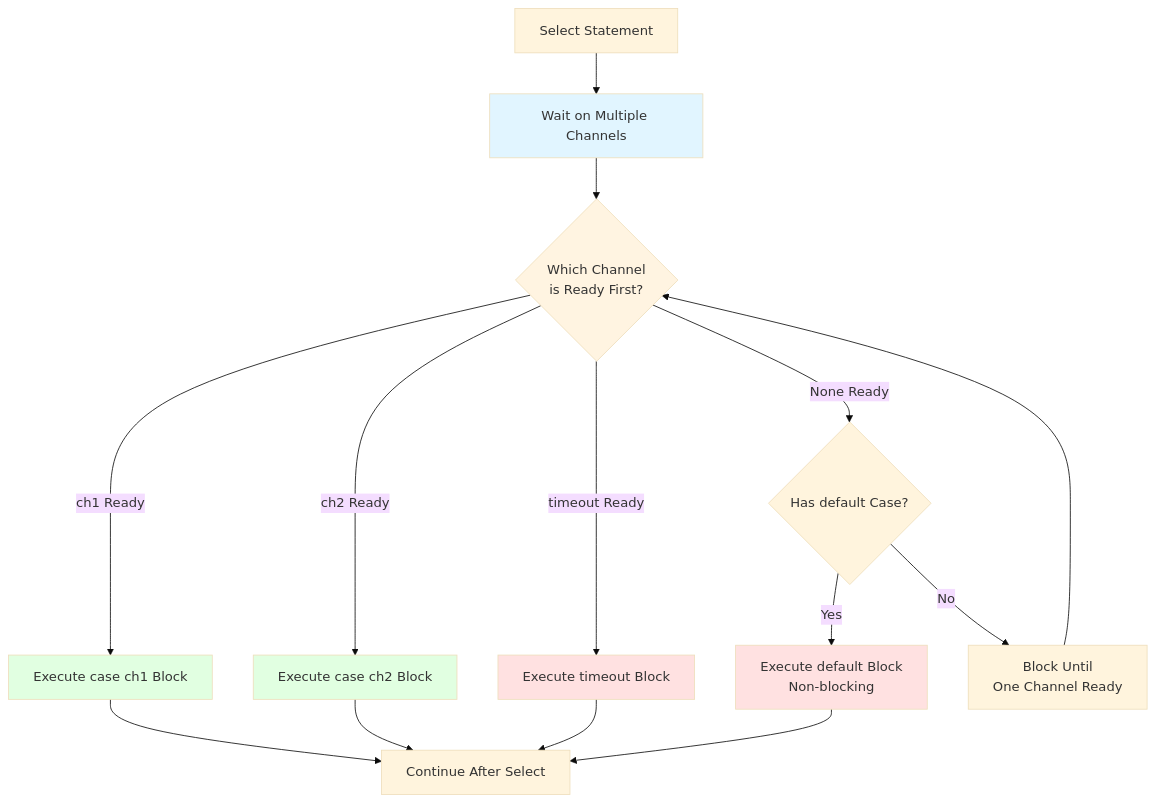
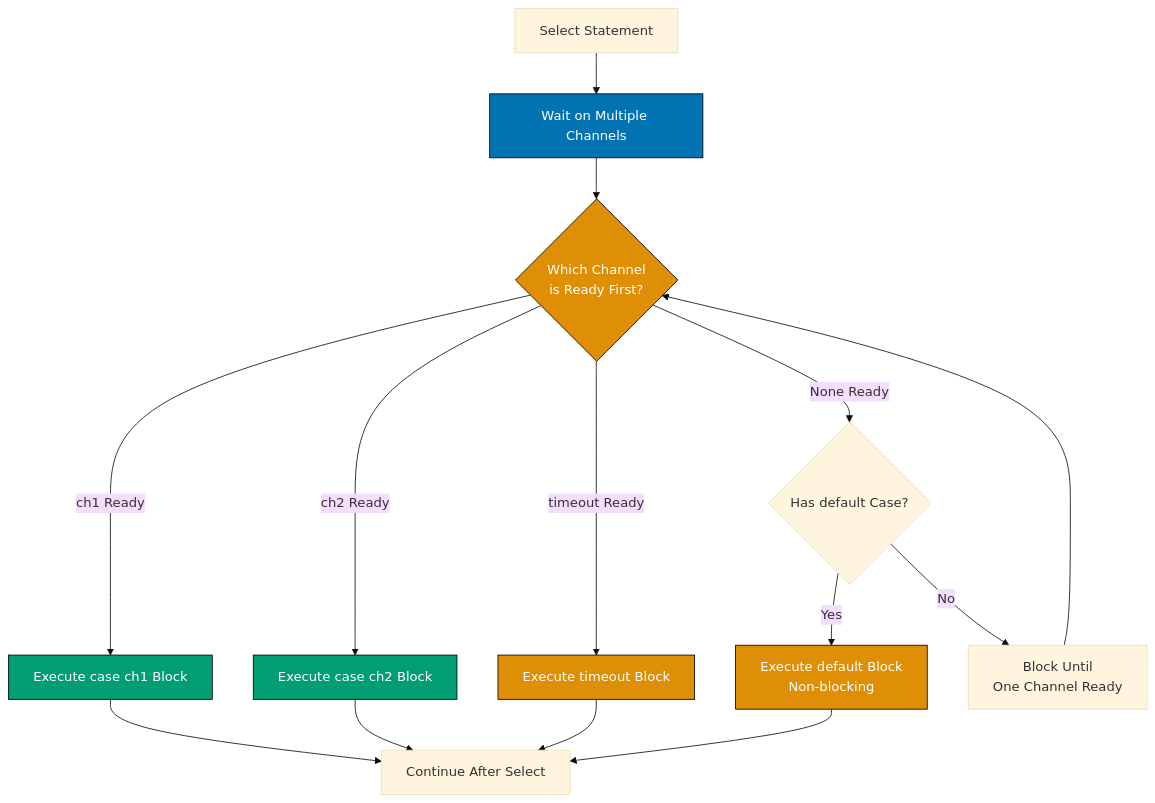
One commit to wahidyankf/open-sharia-enterprise changed the sixth of 6 diagrams in docs/tutorials/software-engineering/programming-languages/golang/tu-soen-prla-gola__beginner.md. Above: the diagram before and after it, drawn with Mermaid (base theme). The commit also changed other lines of this file and 22 other files, not shown here.

First line of the commit message:
docs(diagrams): ensure all mermaid diagrams use color-blind friendly palette

````diff
--- a/docs/tutorials/software-engineering/programming-languages/golang/tu-soen-prla-gola__beginner.md
+++ b/docs/tutorials/software-engineering/programming-languages/golang/tu-soen-prla-gola__beginner.md
@@ -1233,28 +1263,28 @@
 ```mermaid
 graph TD
     Start[Select Statement] --> Wait[Wait on Multiple Channels]
 
     Wait --> Ready{Which Channel<br/>is Ready First?}
 
     Ready -->|ch1 Ready| Case1[Execute case ch1 Block]
     Ready -->|ch2 Ready| Case2[Execute case ch2 Block]
     Ready -->|timeout Ready| Case3[Execute timeout Block]
     Ready -->|None Ready| CheckDefault{Has default Case?}
 
     CheckDefault -->|Yes| Default[Execute default Block<br/>Non-blocking]
     CheckDefault -->|No| Block[Block Until<br/>One Channel Ready]
 
     Block --> Ready
 
     Case1 --> Done[Continue After Select]
     Case2 --> Done
     Case3 --> Done
     Default --> Done
 
-    style Wait fill:#e1f5ff
-    style Ready fill:#fff4e1
-    style Case1 fill:#e1ffe1
-    style Case2 fill:#e1ffe1
-    style Case3 fill:#ffe1e1
-    style Default fill:#ffe1e1
+    style Wait fill:#0173B2,stroke:#000000,color:#FFFFFF
+    style Ready fill:#DE8F05,stroke:#000000,color:#FFFFFF
+    style Case1 fill:#029E73,stroke:#000000,color:#FFFFFF
+    style Case2 fill:#029E73,stroke:#000000,color:#FFFFFF
+    style Case3 fill:#DE8F05,stroke:#000000,color:#FFFFFF
+    style Default fill:#DE8F05,stroke:#000000,color:#FFFFFF
 ```
````
